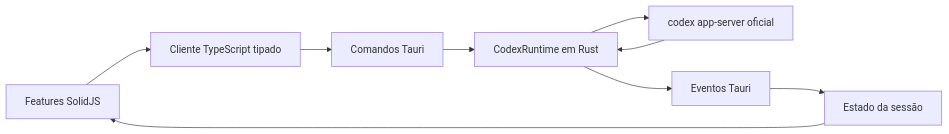
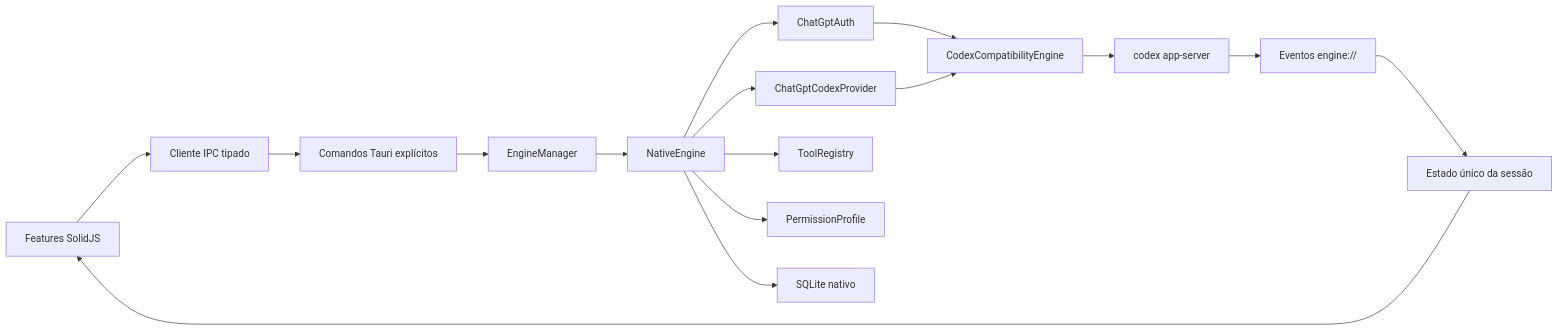
One commit to BRUN0R2/codex-app changed the diagram in docs/ARCHITECTURE.md. Above: the diagram before and after it, drawn with Mermaid. The commit also changed other lines of this file and 28 other files, not shown here.

Commit message:
Introduce modular native engine

````diff
--- a/docs/ARCHITECTURE.md
+++ b/docs/ARCHITECTURE.md
@@ -5,11 +5,18 @@
 ```mermaid
 flowchart LR
-    UI["Features SolidJS"] --> Client["Cliente TypeScript tipado"]
-    Client --> IPC["Comandos Tauri"]
-    IPC --> Runtime["CodexRuntime em Rust"]
-    Runtime --> Server["codex app-server oficial"]
-    Server --> Runtime
-    Runtime --> Events["Eventos Tauri"]
-    Events --> Session["Estado da sessão"]
+    UI["Features SolidJS"] --> Client["Cliente IPC tipado"]
+    Client --> Commands["Comandos Tauri explícitos"]
+    Commands --> Manager["EngineManager"]
+    Manager --> Native["NativeEngine"]
+    Native --> Auth["ChatGptAuth"]
+    Native --> Provider["ChatGptCodexProvider"]
+    Native --> Tools["ToolRegistry"]
+    Native --> Policy["PermissionProfile"]
+    Native --> Store["SQLite nativo"]
+    Auth --> Bridge["CodexCompatibilityEngine"]
+    Provider --> Bridge
+    Bridge --> Server["codex app-server"]
+    Server --> Events["Eventos engine://"]
+    Events --> Session["Estado único da sessão"]
     Session --> UI
 ```
````
